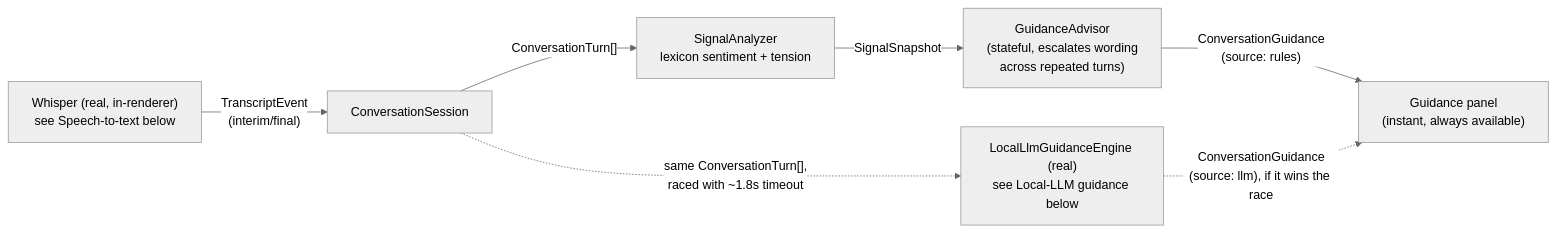
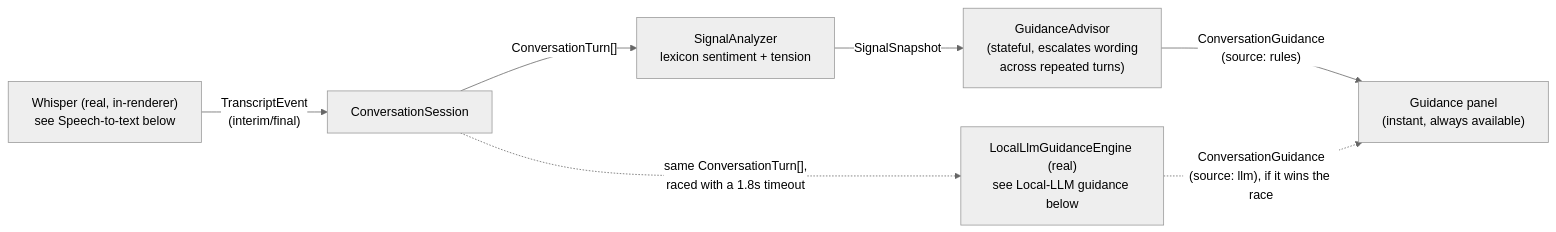
Before and after one commit to pankajads/cue: the second of 4 diagrams in ARCHITECTURE.md, drawn with Mermaid (neutral theme). The commit also changed other lines of this file and 1 other file, not shown here.

First line of the commit message:
Fix Mermaid syntax error: ~ breaks edge-label parsing

````diff
--- a/ARCHITECTURE.md
+++ b/ARCHITECTURE.md
@@ -35,10 +35,10 @@
 ```mermaid
 flowchart LR
     STT["Whisper (real, in-renderer)<br/>see Speech-to-text below"] -- "TranscriptEvent<br/>(interim/final)" --> Session["ConversationSession"]
     Session -- "ConversationTurn[]" --> Analyzer["SignalAnalyzer<br/>lexicon sentiment + tension"]
     Analyzer -- "SignalSnapshot" --> Advisor["GuidanceAdvisor<br/>(stateful, escalates wording<br/>across repeated turns)"]
     Advisor -- "ConversationGuidance<br/>(source: rules)" --> Panel["Guidance panel<br/>(instant, always available)"]
 
-    Session -. "same ConversationTurn[],<br/>raced with ~1.8s timeout" .-> LLM["LocalLlmGuidanceEngine (real)<br/>see Local-LLM guidance below"]
+    Session -. "same ConversationTurn[],<br/>raced with a 1.8s timeout" .-> LLM["LocalLlmGuidanceEngine (real)<br/>see Local-LLM guidance below"]
     LLM -. "ConversationGuidance<br/>(source: llm), if it wins the race" .-> Panel
 ```
````
